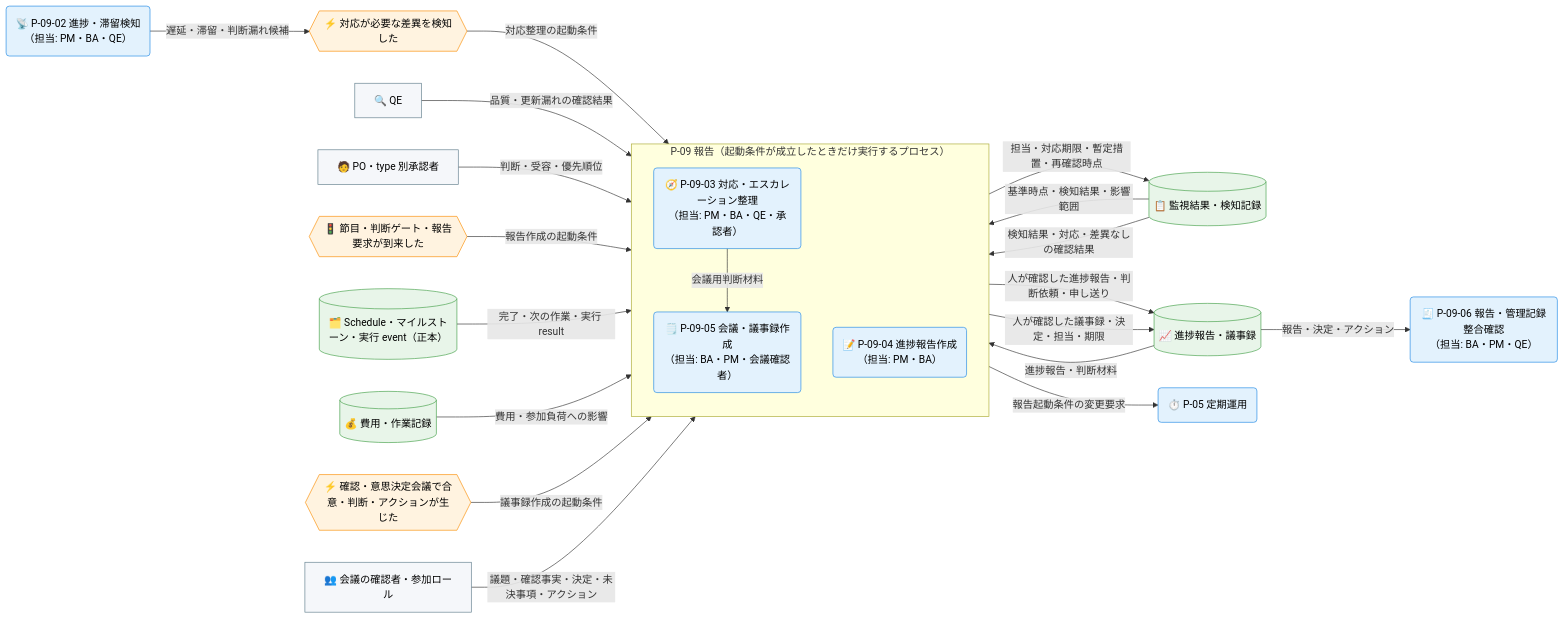
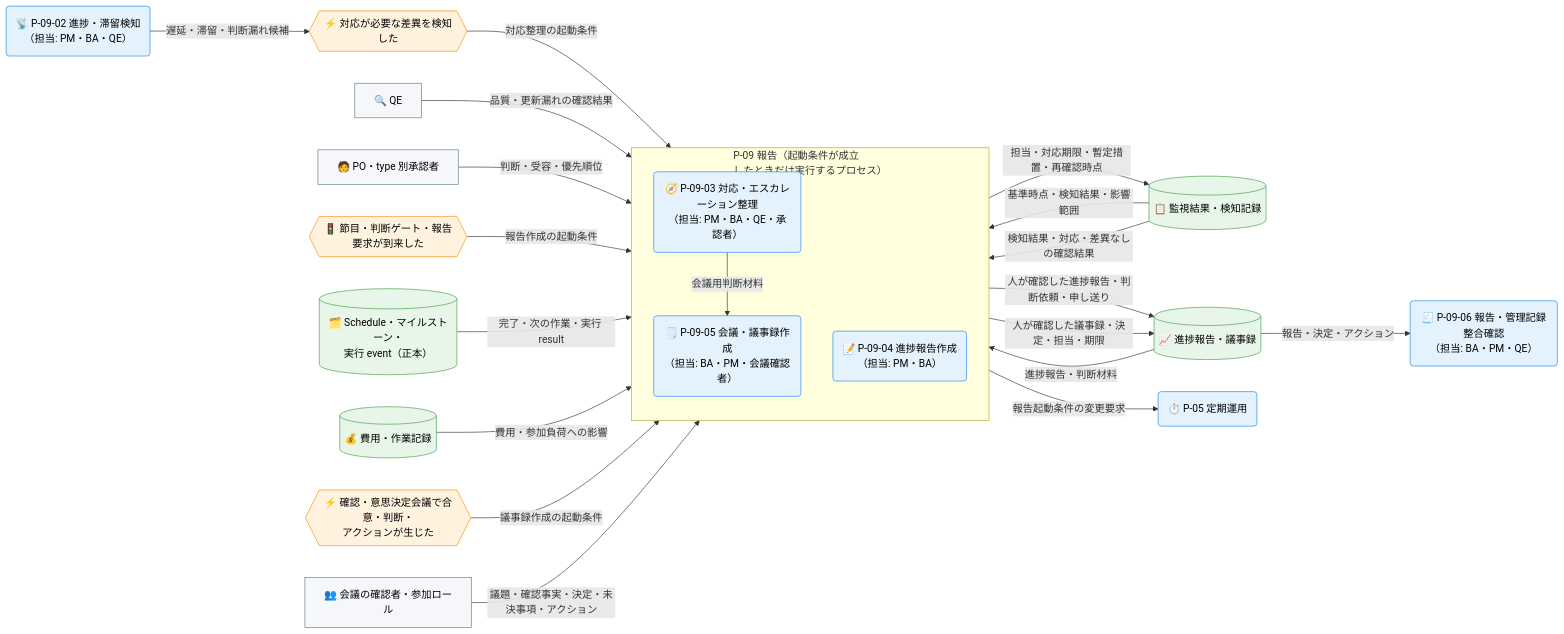
Before and after one commit to specdojo/specdojo: the third of 3 diagrams in docs/ja/product/010-business-specs/010-data-flow/cdfd-reporting.md, drawn with Mermaid. The commit also changed other lines of this file, not shown here.

````diff
--- a/docs/ja/product/010-business-specs/010-data-flow/cdfd-reporting.md
+++ b/docs/ja/product/010-business-specs/010-data-flow/cdfd-reporting.md
@@ -194,59 +194,59 @@
 ```mermaid
 flowchart LR
   classDef process fill:#e3f2fd,stroke:#1e88e5,color:#000
   classDef event fill:#fff3e0,stroke:#fb8c00,color:#000
   classDef store fill:#e8f5e9,stroke:#43a047,color:#000
   classDef actor fill:#f5f7fa,stroke:#607d8b,color:#000
 
   PO承認者["🧑 PO・type 別承認者"]
   QE["🔍 QE"]
   会議確認者["👥 会議の確認者・参加ロール"]
 
   対応要否検知{{"⚡ 対応が必要な差異を検知した"}}
   報告契機到来{{"🚦 節目・判断ゲート・報告要求が到来した"}}
-  会議実施{{"⚡ 確認・意思決定会議で合意・判断・アクションが生じた"}}
+  会議実施{{"⚡ 確認・意思決定会議で合意・判断・<br>アクションが生じた"}}
 
-  subgraph 条件付き群["P-09 報告（起動条件が成立したときだけ実行するプロセス）"]
+  subgraph 条件付き群["P-09 報告（起動条件が成立<br>したときだけ実行するプロセス）"]
     direction TB
     対応エスカレーション整理("🧭 P-09-03 対応・エスカレーション整理<br>（担当: PM・BA・QE・承認者）")
     進捗報告作成("📝 P-09-04 進捗報告作成<br>（担当: PM・BA）")
     会議議事録作成("🗒️ P-09-05 会議・議事録作成<br>（担当: BA・PM・会議確認者）")
   end
 
   進捗滞留検知("📡 P-09-02 進捗・滞留検知<br>（担当: PM・BA・QE）")
   報告管理記録整合確認("🧾 P-09-06 報告・管理記録整合確認<br>（担当: BA・PM・QE）")
 
-  Schedule実行正本[("🗂️ Schedule・マイルストーン・実行 event（正本）")]
+  Schedule実行正本[("🗂️ Schedule・マイルストーン・<br>実行 event（正本）")]
   費用作業記録[("💰 費用・作業記録")]
   監視結果[("📋 監視結果・検知記録")]
   報告記録[("📈 進捗報告・議事録")]
 
   定期運用("⏱️ P-05 定期運用")
 
   進捗滞留検知 -->|"遅延・滞留・判断漏れ候補"| 対応要否検知
   対応要否検知 -->|"対応整理の起動条件"| 対応エスカレーション整理
   監視結果 -->|"基準時点・検知結果・影響範囲"| 対応エスカレーション整理
   QE -->|"品質・更新漏れの確認結果"| 対応エスカレーション整理
   PO承認者 -->|"判断・受容・優先順位"| 対応エスカレーション整理
   対応エスカレーション整理 -->|"担当・対応期限・暫定措置・再確認時点"| 監視結果
   対応エスカレーション整理 -->|"報告起動条件の変更要求"| 定期運用
 
   報告契機到来 -->|"報告作成の起動条件"| 進捗報告作成
   監視結果 -->|"検知結果・対応・差異なしの確認結果"| 進捗報告作成
   Schedule実行正本 -->|"完了・次の作業・実行 result"| 進捗報告作成
   費用作業記録 -->|"費用・参加負荷への影響"| 進捗報告作成
   進捗報告作成 -->|"人が確認した進捗報告・判断依頼・申し送り"| 報告記録
 
   会議実施 -->|"議事録作成の起動条件"| 会議議事録作成
   会議確認者 -->|"議題・確認事実・決定・未決事項・アクション"| 会議議事録作成
   報告記録 -->|"進捗報告・判断材料"| 会議議事録作成
   対応エスカレーション整理 -->|"会議用判断材料"| 会議議事録作成
   会議議事録作成 -->|"人が確認した議事録・決定・担当・期限"| 報告記録
 
   報告記録 -->|"報告・決定・アクション"| 報告管理記録整合確認
 
   class 対応エスカレーション整理,進捗報告作成,会議議事録作成,進捗滞留検知,報告管理記録整合確認,定期運用 process
   class 対応要否検知,報告契機到来,会議実施 event
   class Schedule実行正本,費用作業記録,監視結果,報告記録 store
   class PO承認者,QE,会議確認者 actor
 ```
````
